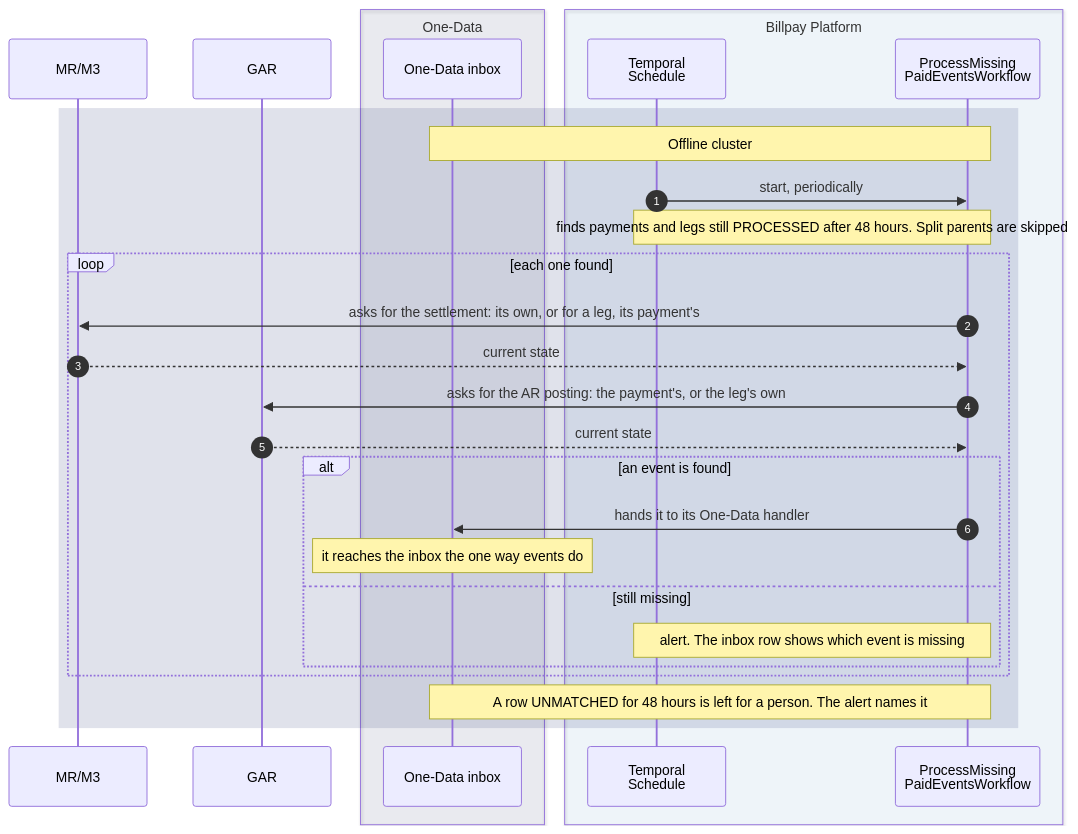
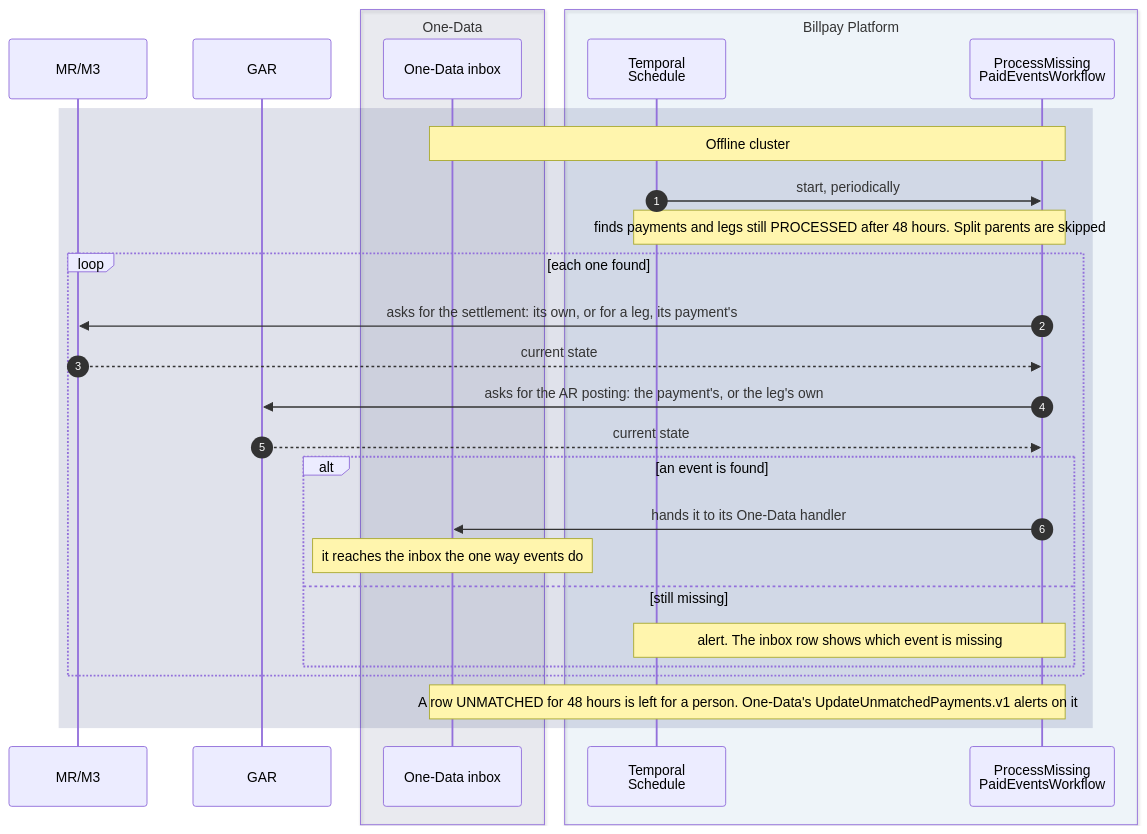
Before and after one commit to arunav-bhattacharya/billpay-book: diagram 11 of 15 in website/docs/design/sequence-diagrams.md, drawn with Mermaid. The commit also changed other lines of this file and 12 other files, not shown here.

First line of the commit message:
Answers 27 to 33: AR at any time, return reasons, token validity, One-Data names

````diff
--- a/website/docs/design/sequence-diagrams.md
+++ b/website/docs/design/sequence-diagrams.md
@@ -717,40 +717,40 @@
 ```mermaid
 ---
 config:
   fontFamily: "BentonSansUI, Helvetica, Arial, sans-serif"
   fontSize: 15
 ---
 sequenceDiagram
   autonumber
 
   participant MM as MR/M3
   participant GAR
 
   box rgba(0,23,90,0.07) One-Data
     participant IN as One-Data inbox
   end
 
   box rgba(0,111,207,0.05) Billpay Platform
     participant SCH as Temporal<br/>Schedule
     participant WF as ProcessMissing<br/>PaidEventsWorkflow
   end
 
   rect rgba(0,23,90,0.12)
     Note over IN,WF: Offline cluster
     SCH->>WF: start, periodically
     Note over SCH,WF: finds payments and legs still PROCESSED after 48 hours. Split parents are skipped
     loop each one found
       WF->>MM: asks for the settlement: its own, or for a leg, its payment's
       MM-->>WF: current state
       WF->>GAR: asks for the AR posting: the payment's, or the leg's own
       GAR-->>WF: current state
       alt an event is found
         WF->>IN: hands it to its One-Data handler
         Note over IN: it reaches the inbox the one way events do
       else still missing
         Note over SCH,WF: alert. The inbox row shows which event is missing
       end
     end
-    Note over IN,WF: A row UNMATCHED for 48 hours is left for a person. The alert names it
+    Note over IN,WF: A row UNMATCHED for 48 hours is left for a person. One-Data's UpdateUnmatchedPayments.v1 alerts on it
   end
 ```
````
